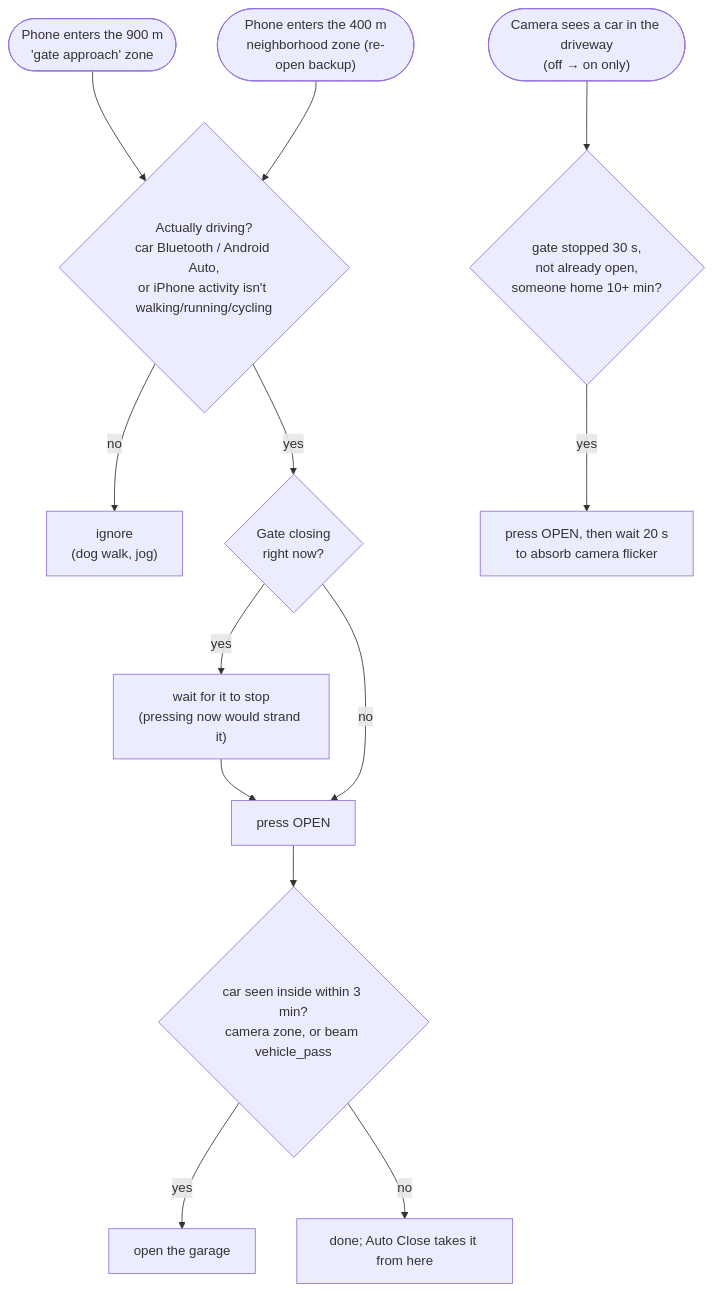
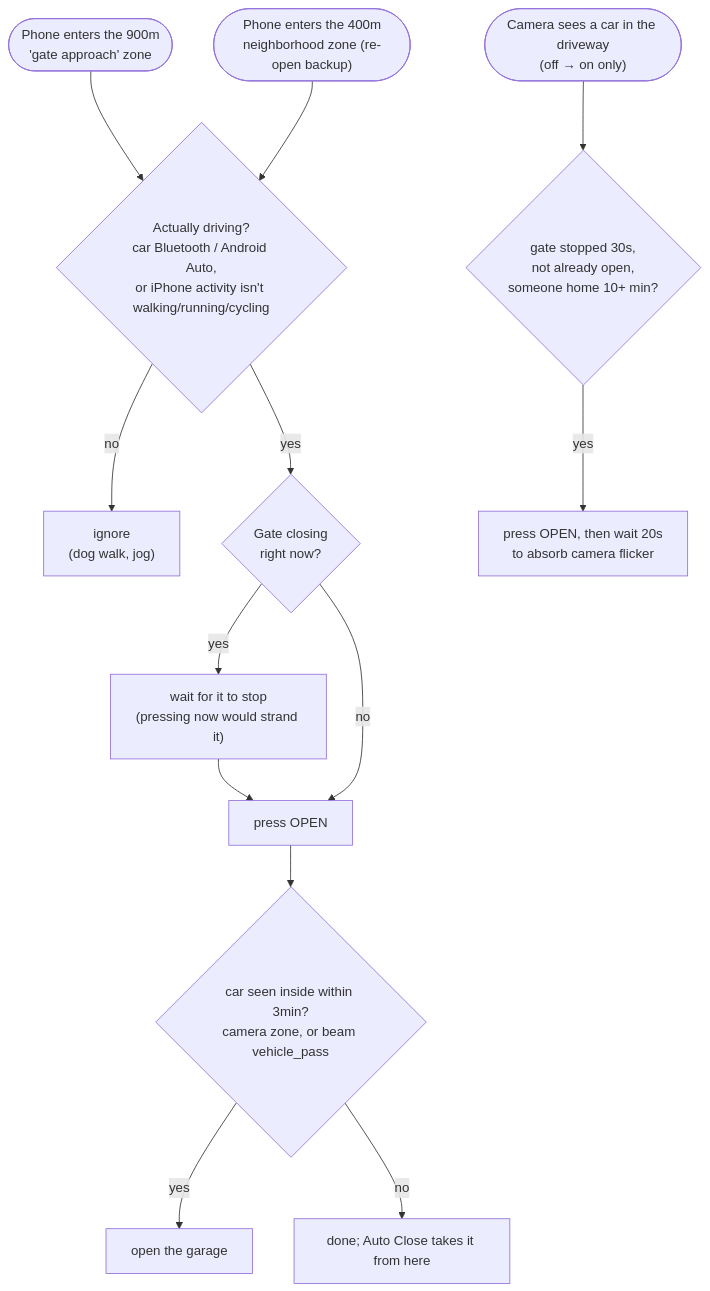
Before and after one commit to jakabo27/DRV8262-DIY-Swing-Gate-Controller: the second of 3 diagrams in home-assistant/README.md, drawn with Mermaid. The commit also changed other lines of this file and 20 other files, not shown here.

First line of the commit message:
Add build photo, screenshots and hand-drawn architecture diagram

````diff
--- a/home-assistant/README.md
+++ b/home-assistant/README.md
@@ -89,16 +87,16 @@
 ```mermaid
 flowchart TD
-    A1(["Phone enters the 900 m<br/>'gate approach' zone"]) --> D1
-    A2(["Phone enters the 400 m<br/>neighborhood zone (re-open backup)"]) --> D1
+    A1(["Phone enters the 900m<br/>'gate approach' zone"]) --> D1
+    A2(["Phone enters the 400m<br/>neighborhood zone (re-open backup)"]) --> D1
     D1{"Actually driving?<br/>car Bluetooth / Android Auto,<br/>or iPhone activity isn't walking/running/cycling"}
     D1 -- no --> N1["ignore<br/>(dog walk, jog)"]
     D1 -- yes --> G1{"Gate closing<br/>right now?"}
     G1 -- yes --> W1["wait for it to stop<br/>(pressing now would strand it)"] --> P1
     G1 -- no --> P1["press OPEN"]
-    P1 --> W2{"car seen inside within 3 min?<br/>camera zone, or beam vehicle_pass"}
+    P1 --> W2{"car seen inside within 3min?<br/>camera zone, or beam vehicle_pass"}
     W2 -- yes --> GAR["open the garage"]
     W2 -- no --> END1["done; Auto Close takes it from here"]
 
-    E1(["Camera sees a car in the driveway<br/>(off → on only)"]) --> E2{"gate stopped 30 s,<br/>not already open,<br/>someone home 10+ min?"}
-    E2 -- yes --> P2["press OPEN, then wait 20 s<br/>to absorb camera flicker"]
+    E1(["Camera sees a car in the driveway<br/>(off → on only)"]) --> E2{"gate stopped 30s,<br/>not already open,<br/>someone home 10+ min?"}
+    E2 -- yes --> P2["press OPEN, then wait 20s<br/>to absorb camera flicker"]
 ```
````
